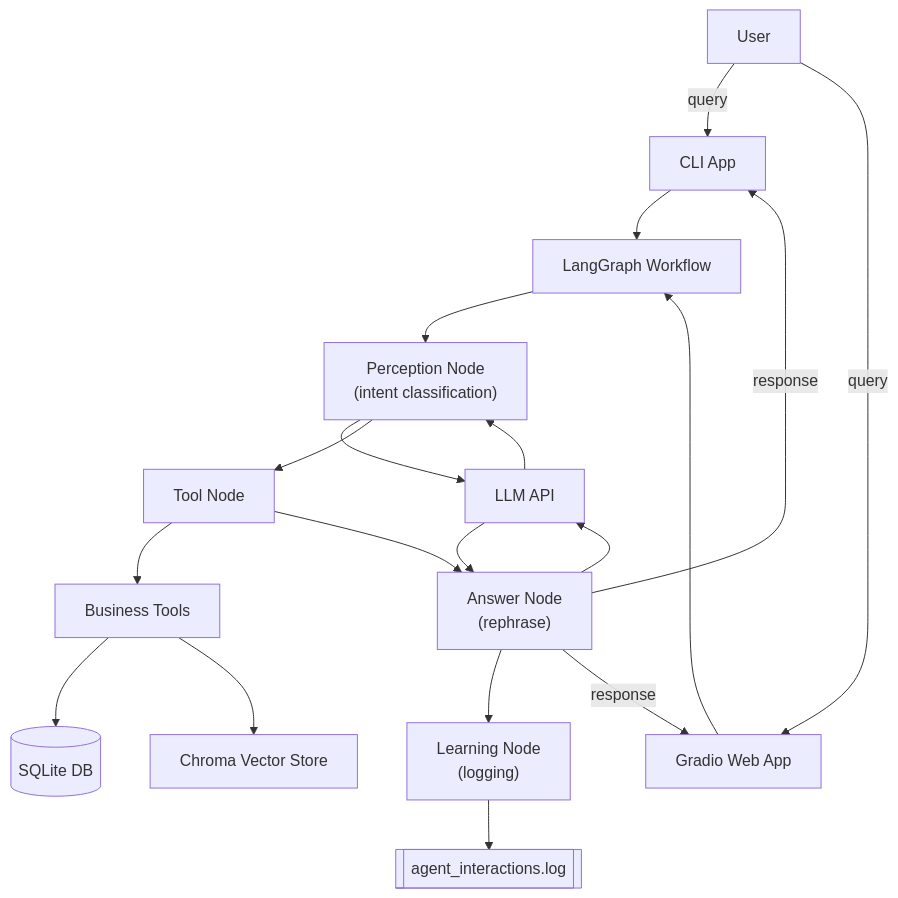
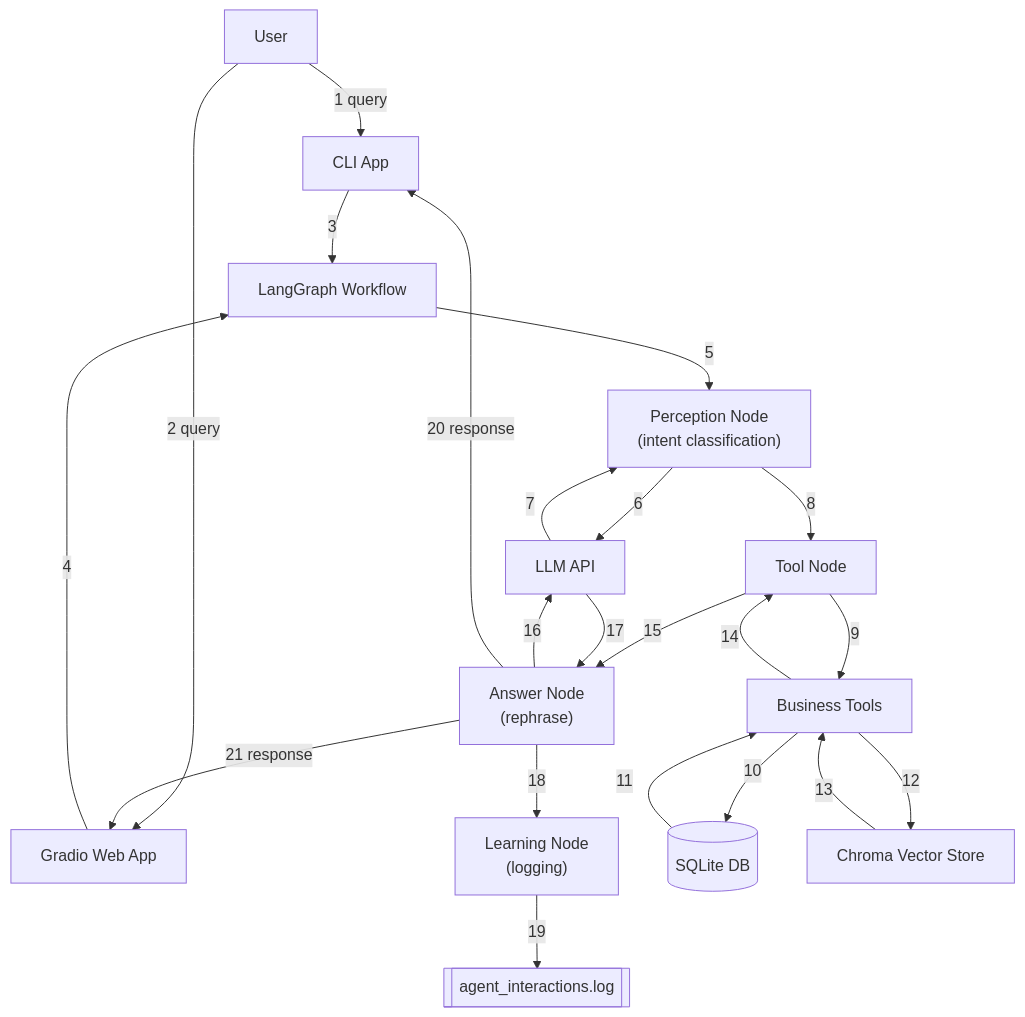
The second of 2 diagrams in README.md (satyampurwar/ecommerce-ai-agent), drawn with Mermaid before and after one commit.

Commit message:
Add sequence numbers to component diagram

````diff
--- a/README.md
+++ b/README.md
@@ -191,35 +191,38 @@
 ```mermaid
 flowchart TD
     U[User]
     CLI[CLI App]
     Web[Gradio Web App]
     Workflow[LangGraph Workflow]
     Perception["Perception Node<br/>(intent classification)"]
     ToolNode[Tool Node]
     Answer["Answer Node<br/>(rephrase)"]
     Learning["Learning Node<br/>(logging)"]
     Tools[Business Tools]
     DB[(SQLite DB)]
     Vector[Chroma Vector Store]
     LLM[LLM API]
     Logs[[agent_interactions.log]]
 
-    U -->|query| CLI
-    U -->|query| Web
-    CLI --> Workflow
-    Web --> Workflow
-    Workflow --> Perception
-    Perception --> LLM
-    LLM --> Perception
-    Perception --> ToolNode
-    ToolNode --> Tools
-    Tools --> DB
-    Tools --> Vector
-    ToolNode --> Answer
-    Answer --> LLM
-    LLM --> Answer
-    Answer --> Learning
-    Learning --> Logs
-    Answer -->|response| CLI
-    Answer -->|response| Web
+    U -->|1 query| CLI
+    U -->|2 query| Web
+    CLI -->|3| Workflow
+    Web -->|4| Workflow
+    Workflow -->|5| Perception
+    Perception -->|6| LLM
+    LLM -->|7| Perception
+    Perception -->|8| ToolNode
+    ToolNode -->|9| Tools
+    Tools -->|10| DB
+    DB -->|11| Tools
+    Tools -->|12| Vector
+    Vector -->|13| Tools
+    Tools -->|14| ToolNode
+    ToolNode -->|15| Answer
+    Answer -->|16| LLM
+    LLM -->|17| Answer
+    Answer -->|18| Learning
+    Learning -->|19| Logs
+    Answer -->|20 response| CLI
+    Answer -->|21 response| Web
 ```
````
